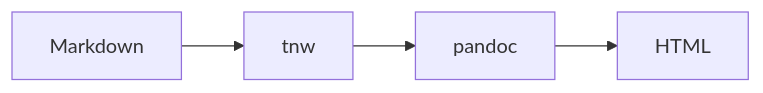
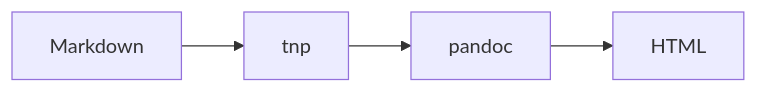
One commit to dgerod/tnp changed the diagram in examples/book/diagrams/flow.mmd. Above: the diagram before and after it, drawn with Mermaid. The commit also changed 116 other files, not shown here.

First line of the commit message:
refactor!: rename 'tnw' to 'tnp'

```diff
--- a/examples/book/diagrams/flow.mmd
+++ b/examples/book/diagrams/flow.mmd
@@ -1,2 +1,2 @@
 flowchart LR
-    Markdown --> tnw --> pandoc --> HTML
+    Markdown --> tnp --> pandoc --> HTML
```
